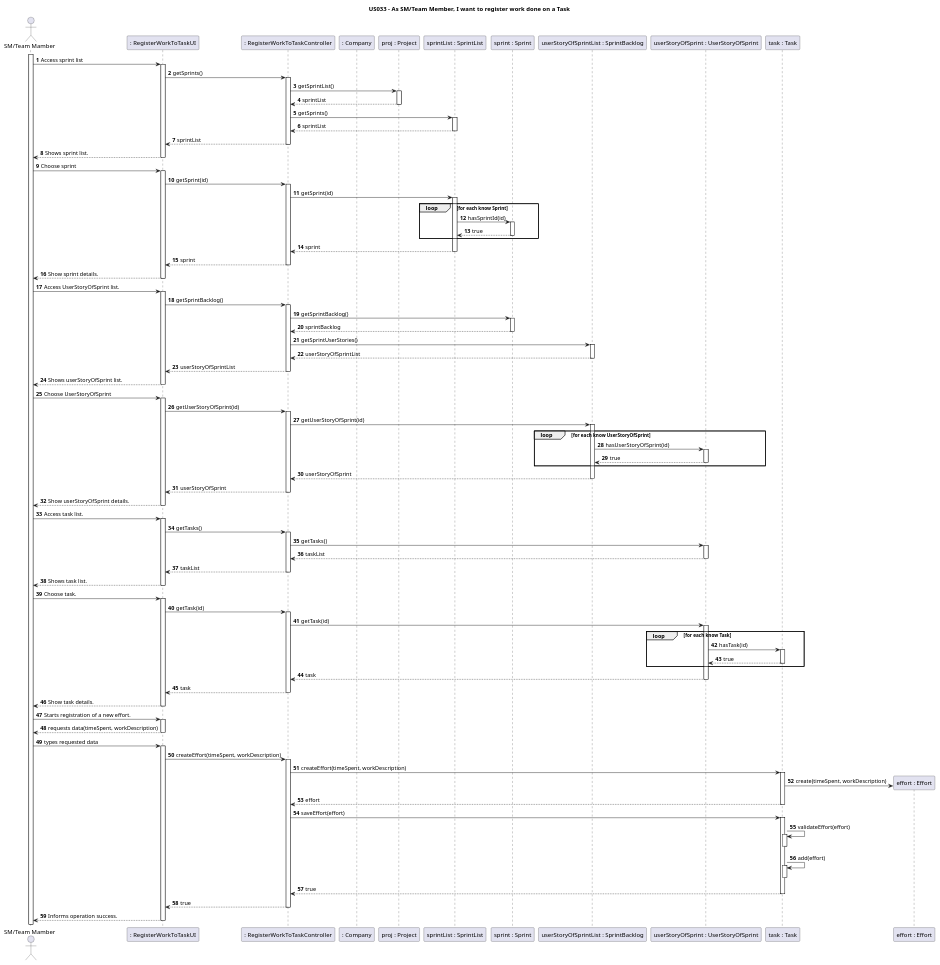
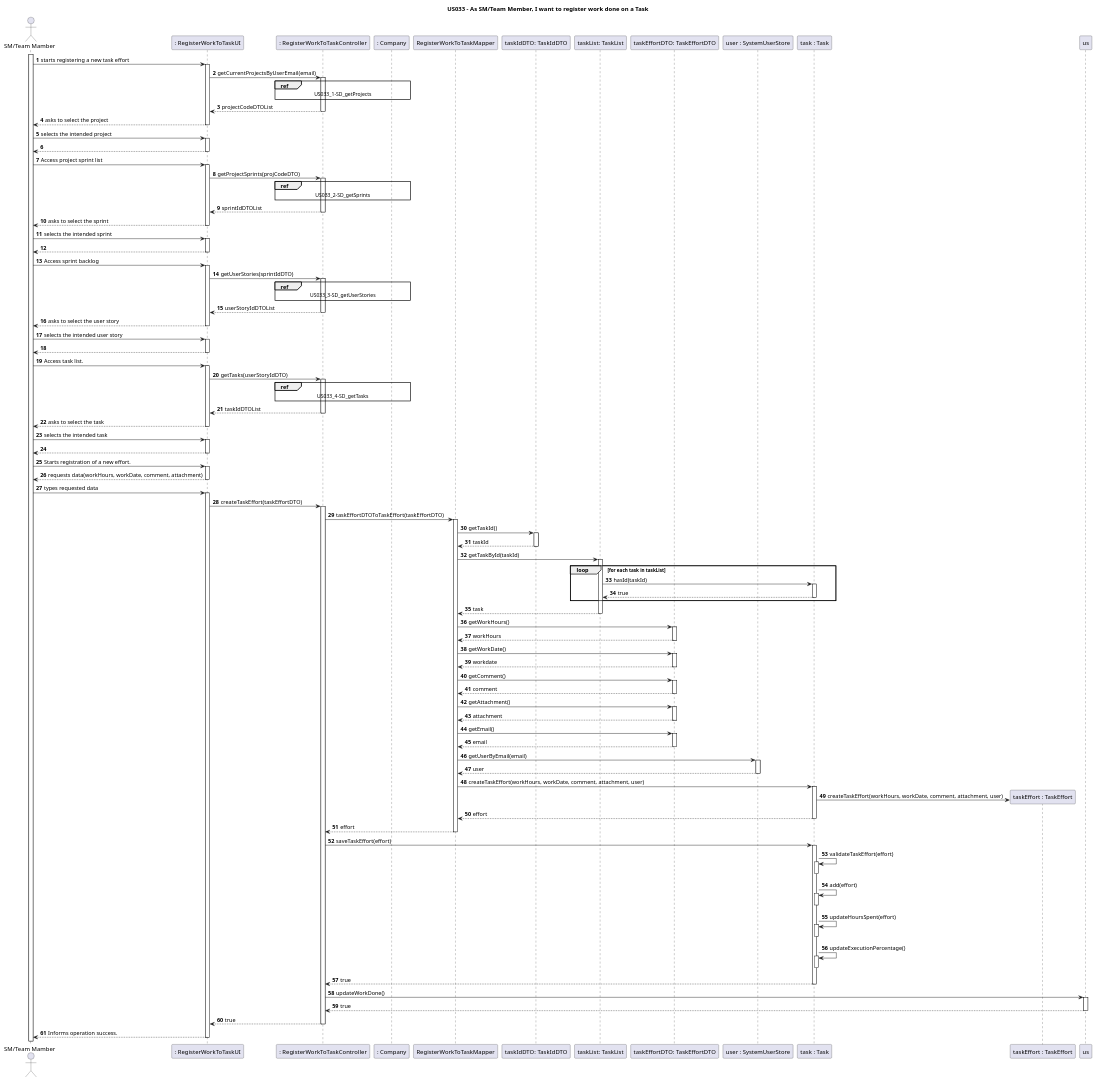
One commit to nunogon1211787/projectManagement changed the diagram in docs/Sprint3/US033/US033-SD.puml. Above: the diagram before and after it, drawn with PlantUML. The commit also changed 4 other files, not shown here.

```diff
--- a/docs/Sprint3/US033/US033-SD.puml
+++ b/docs/Sprint3/US033/US033-SD.puml
@@ -1,97 +1,103 @@
 @startuml
 'https://plantuml.com/sequence-diagram
 
 title US033 - As SM/Team Member, I want to register work done on a Task
 
 autoactivate on
 autonumber
 
 actor "SM/Team Mamber" as User
 participant ": RegisterWorkToTaskUI" as Ui
 participant ": RegisterWorkToTaskController" as Ctrl
 participant ": Company" as company
-participant "proj : Project" as project
-participant "sprintList : SprintList" as sprintList
-participant "sprint : Sprint" as sprint
-participant "userStoryOfSprintList : SprintBacklog" as usSprintList
-participant "userStoryOfSprint : UserStoryOfSprint" as usSprint
+participant "RegisterWorkToTaskMapper" as mapper
+participant "taskIdDTO: TaskIdDTO" as taskIdDTO
+participant "taskList: TaskList" as taskList
+participant "taskEffortDTO: TaskEffortDTO" as effortDTO
+participant "user : SystemUserStore" as userStore
 participant "task : Task" as task
-participant "effort : Effort" as effort
-
+participant "taskEffort : TaskEffort" as effort
 
 activate User
 
-User -> Ui: Access sprint list
-Ui -> Ctrl: getSprints()
-Ctrl-> project : getSprintList()
-project --> Ctrl : sprintList
-Ctrl ->sprintList : getSprints()
-sprintList -->Ctrl : sprintList
-Ctrl --> Ui: sprintList
-Ui -->User : Shows sprint list.
+User->Ui : starts registering a new task effort
+Ui->Ctrl: getCurrentProjectsByUserEmail(email)
+ref over Ctrl, company : US033_1-SD_getProjects
+Ctrl-->Ui:projectCodeDTOList
+Ui-->User: asks to select the project
 
-User -> Ui: Choose sprint
-Ui -> Ctrl: getSprint(id)
-Ctrl->sprintList : getSprint(id)
-loop for each know Sprint
-sprintList->sprint : hasSprintId(id)
-sprint--> sprintList: true
-end
-sprintList-->Ctrl: sprint
-Ctrl-->Ui : sprint
-Ui-->User : Show sprint details.
+User->Ui: selects the intended project
+Ui-->User:
 
-User -> Ui: Access UserStoryOfSprint list.
-Ui -> Ctrl: getSprintBacklog()
-Ctrl-> sprint : getSprintBacklog()
-sprint--> Ctrl: sprintBacklog
-Ctrl->usSprintList: getSprintUserStories()
-usSprintList-->Ctrl: userStoryOfSprintList
-Ctrl-->Ui : userStoryOfSprintList
-Ui-->User : Shows userStoryOfSprint list.
+User->Ui: Access project sprint list
+Ui->Ctrl: getProjectSprints(projCodeDTO)
+ref over Ctrl, company : US033_2-SD_getSprints
+Ctrl-->Ui: sprintIdDTOList
+Ui-->User: asks to select the sprint
 
-User -> Ui: Choose UserStoryOfSprint
-Ui -> Ctrl: getUserStoryOfSprint(id)
-Ctrl-> usSprintList : getUserStoryOfSprint(id)
-loop for each know UserStoryOfSprint
-usSprintList->usSprint : hasUserStoryOfSprint(id)
-usSprint--> usSprintList: true
-end
-usSprintList-->Ctrl: userStoryOfSprint
-Ctrl-->Ui : userStoryOfSprint
-Ui-->User : Show userStoryOfSprint details.
+User->Ui: selects the intended sprint
+Ui-->User:
 
-User -> Ui: Access task list.
-Ui -> Ctrl: getTasks()
-Ctrl ->usSprint : getTasks()
-usSprint --> Ctrl : taskList
-Ctrl-->Ui : taskList
-Ui-->User : Shows task list.
+User->Ui: Access sprint backlog
+Ui->Ctrl: getUserStories(sprintIdDTO)
+ref over Ctrl, company : US033_3-SD_getUserStories
+Ctrl-->Ui: userStoryIdDTOList
+Ui-->User: asks to select the user story
 
-User -> Ui: Choose task.
-Ui -> Ctrl: getTask(id)
-Ctrl-> usSprint : getTask(id)
-loop for each know Task
-usSprint->task : hasTask(id)
-task--> usSprint: true
-end
-usSprint-->Ctrl: task
-Ctrl-->Ui : task
-Ui-->User : Show task details.
+User->Ui: selects the intended user story
+Ui-->User:
+
+User->Ui: Access task list.
+Ui->Ctrl: getTasks(userStoryIdDTO)
+ref over Ctrl, company : US033_4-SD_getTasks
+Ctrl-->Ui: taskIdDTOList
+Ui-->User: asks to select the task
+
+User->Ui: selects the intended task
+Ui-->User:
 
 User -> Ui: Starts registration of a new effort.
-Ui-->User: requests data(timeSpent, workDescription)
+Ui-->User: requests data(workHours, workDate, comment, attachment)
 User -> Ui: types requested data
-Ui -> Ctrl: createEffort(timeSpent, workDescription)
-Ctrl -> task: createEffort(timeSpent, workDescription)
-task->effort **: create(timeSpent, workDescription)
-task--> Ctrl: effort
-Ctrl -> task: saveEffort(effort)
-task -> task: validateEffort(effort)
+Ui -> Ctrl: createTaskEffort(taskEffortDTO)
+Ctrl -> mapper: taskEffortDTOToTaskEffort(taskEffortDTO)
+mapper->taskIdDTO: getTaskId()
+taskIdDTO-->mapper: taskId
+mapper->taskList: getTaskById(taskId)
+loop for each task in taskList
+taskList->task: hasId(taskId)
+task-->taskList: true
+end
+taskList-->mapper: task
+mapper->effortDTO: getWorkHours()
+effortDTO-->mapper: workHours
+mapper->effortDTO: getWorkDate()
+effortDTO-->mapper: workdate
+mapper->effortDTO: getComment()
+effortDTO-->mapper: comment
+mapper->effortDTO: getAttachment()
+effortDTO-->mapper: attachment
+mapper->effortDTO: getEmail()
+effortDTO-->mapper: email
+mapper->userStore: getUserByEmail(email)
+userStore-->mapper: user
+mapper->task:createTaskEffort(workHours, workDate, comment, attachment, user)
+task->effort **: createTaskEffort(workHours, workDate, comment, attachment, user)
+task-->mapper: effort
+mapper--> Ctrl: effort
+Ctrl -> task: saveTaskEffort(effort)
+task -> task: validateTaskEffort(effort)
 deactivate task
 task -> task: add(effort)
 deactivate task
+task -> task: updateHoursSpent(effort)
+deactivate task
+task -> task: updateExecutionPercentage()
+deactivate task
 task-->Ctrl: true
+Ctrl -> us: updateWorkDone()
+us-->Ctrl: true
 Ctrl-->Ui : true
+
 Ui-->User : Informs operation success.
 @enduml
```
